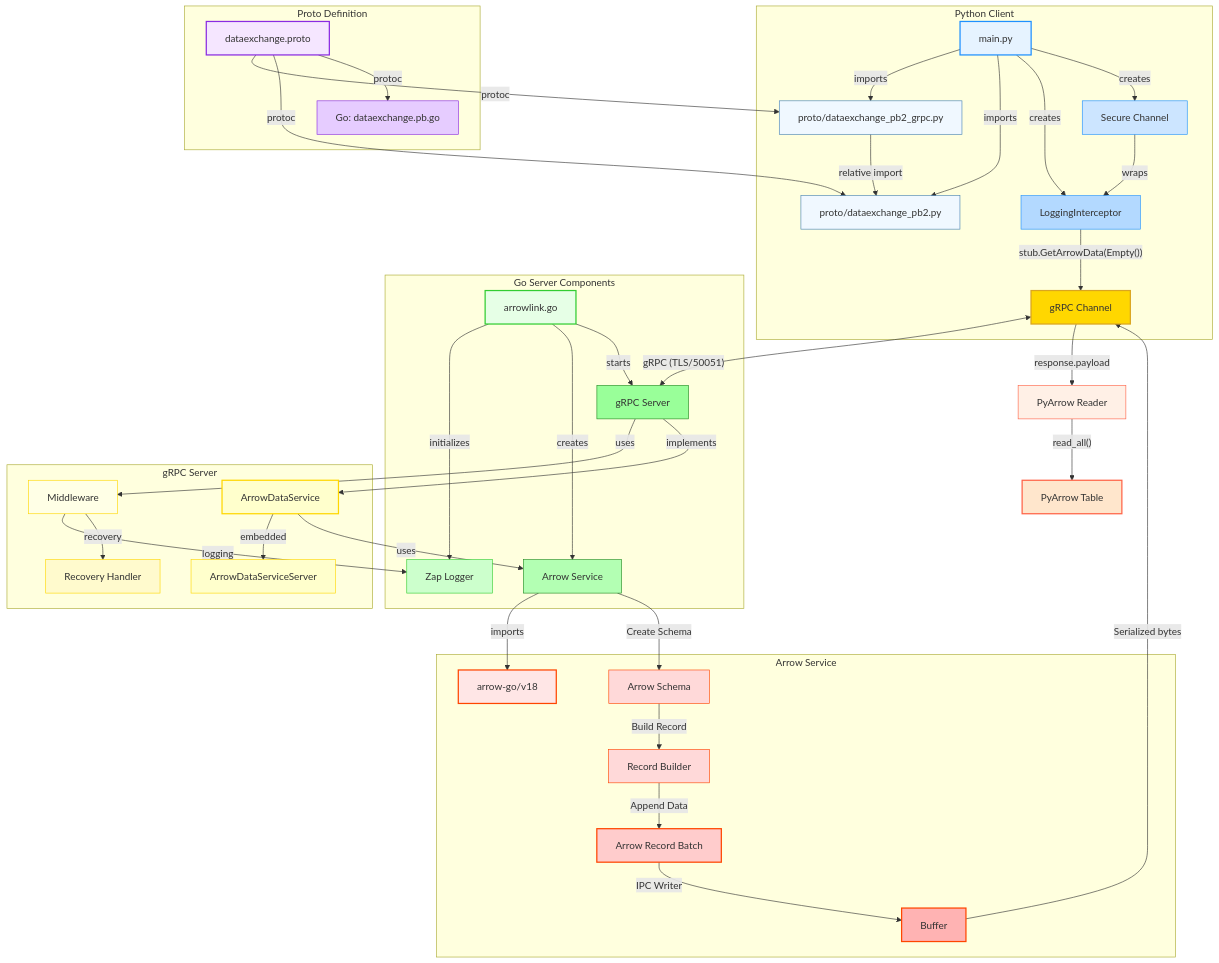
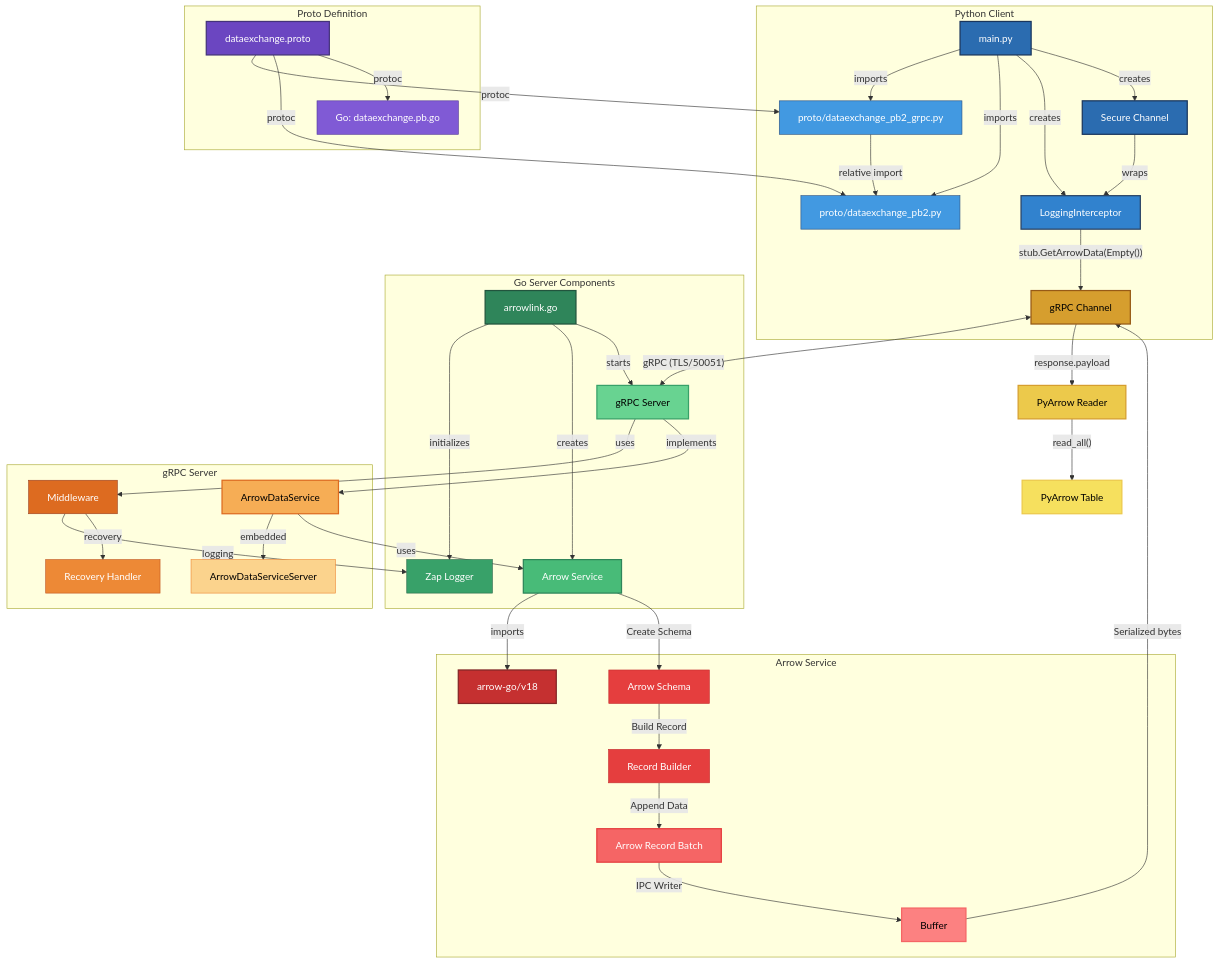
The diagram in README.md (TFMV/ArrowLink), drawn with Mermaid before and after one commit. The commit also changed other lines of this file and 14 other files, not shown here.

````diff
--- a/README.md
+++ b/README.md
@@ -7,76 +7,81 @@
 ```mermaid
 graph TD
     subgraph "Python Client"
         A[main.py] --> |imports| B[proto/dataexchange_pb2_grpc.py]
         A --> |imports| C[proto/dataexchange_pb2.py]
         B --> |relative import| C
         A --> |creates| L1[LoggingInterceptor]
         A --> |creates| SC[Secure Channel]
         SC --> |wraps| L1
         L1 --> |"stub.GetArrowData(Empty())"| D[gRPC Channel]
     end
 
     subgraph "Proto Definition"
         E[dataexchange.proto] --> |protoc| B
         E --> |protoc| C
         E --> |protoc| F[Go: dataexchange.pb.go]
     end
 
     subgraph "Go Server Components"
         G[arrowlink.go] --> |initializes| M[Zap Logger]
         G --> |creates| S[Arrow Service]
         G --> |starts| GS[gRPC Server]
     end
 
     subgraph "gRPC Server"
         GS --> |uses| MW[Middleware]
         MW --> |logging| M
         MW --> |recovery| REC[Recovery Handler]
         GS --> |implements| H[ArrowDataService]
         H --> |embedded| N[ArrowDataServiceServer]
         H --> |uses| S
     end
 
     subgraph "Arrow Service"
         S --> |imports| L2[arrow-go/v18]
         S --> |"Create Schema"| O[Arrow Schema]
         O --> |"Build Record"| P[Record Builder]
         P --> |"Append Data"| I[Arrow Record Batch]
         I --> |"IPC Writer"| Q[Buffer]
     end
 
     D <--> |"gRPC (TLS/50051)"| GS
     Q --> |"Serialized bytes"| D
     D --> |"response.payload"| J[PyArrow Reader]
     J --> |"read_all()"| R[PyArrow Table]
 
-    %% Modern Color Palette
-    style A fill:#E6F3FF,stroke:#1E90FF,stroke-width:2px,color:#1E90FF %% Light blue, vibrant stroke
-    style B fill:#F0F8FF,stroke:#4682B4,stroke-width:1px %% Softer blue
-    style C fill:#F0F8FF,stroke:#4682B4,stroke-width:1px
-    style L1 fill:#B3D9FF,stroke:#1E90FF,stroke-width:2px %% Medium blue
-    style SC fill:#CCE5FF,stroke:#1E90FF,stroke-width:2px %% Light-medium blue
-    style D fill:#FFD700,stroke:#DAA520,stroke-width:2px,color:#DAA520 %% Gold for gRPC Channel
+    %% Python Client section - Blue theme
+    style A fill:#2B6CB0,stroke:#1A365D,stroke-width:2px,color:#FFFFFF
+    style B fill:#4299E1,stroke:#2C5282,stroke-width:1px,color:#FFFFFF
+    style C fill:#4299E1,stroke:#2C5282,stroke-width:1px,color:#FFFFFF
+    style L1 fill:#3182CE,stroke:#2A4365,stroke-width:2px,color:#FFFFFF
+    style SC fill:#2B6CB0,stroke:#1A365D,stroke-width:2px,color:#FFFFFF
 
-    style E fill:#F5E6FF,stroke:#8A2BE2,stroke-width:2px,color:#8A2BE2 %% Light purple for proto
-    style F fill:#E6CCFF,stroke:#8A2BE2,stroke-width:1px
+    %% Proto Definition - Purple theme
+    style E fill:#6B46C1,stroke:#44337A,stroke-width:2px,color:#FFFFFF
+    style F fill:#805AD5,stroke:#553C9A,stroke-width:1px,color:#FFFFFF
 
-    style G fill:#E6FFE6,stroke:#32CD32,stroke-width:2px,color:#32CD32 %% Light green for Go entry
-    style M fill:#CCFFCC,stroke:#32CD32,stroke-width:1px %% Soft green
-    style S fill:#B3FFB3,stroke:#228B22,stroke-width:2px %% Medium green
-    style GS fill:#99FF99,stroke:#228B22,stroke-width:2px %% Light green
+    %% Go Server - Green theme
+    style G fill:#2F855A,stroke:#22543D,stroke-width:2px,color:#FFFFFF
+    style M fill:#38A169,stroke:#276749,stroke-width:1px,color:#FFFFFF
+    style S fill:#48BB78,stroke:#2F855A,stroke-width:2px,color:#FFFFFF
+    style GS fill:#68D391,stroke:#38A169,stroke-width:2px,color:#000000
 
-    style MW fill:#FFFFE6,stroke:#FFD700,stroke-width:1px %% Pale yellow
-    style REC fill:#FFFACD,stroke:#FFD700,stroke-width:1px
-    style H fill:#FFFFCC,stroke:#FFD700,stroke-width:2px
-    style N fill:#FFFFCC,stroke:#FFD700,stroke-width:1px
+    %% gRPC Server - Orange theme
+    style MW fill:#DD6B20,stroke:#9C4221,stroke-width:1px,color:#FFFFFF
+    style REC fill:#ED8936,stroke:#C05621,stroke-width:1px,color:#FFFFFF
+    style H fill:#F6AD55,stroke:#DD6B20,stroke-width:2px,color:#000000
+    style N fill:#FBD38D,stroke:#ED8936,stroke-width:1px,color:#000000
 
-    style L2 fill:#FFE6E6,stroke:#FF4500,stroke-width:2px,color:#FF4500 %% Light red for Arrow
-    style O fill:#FFD9D9,stroke:#FF4500,stroke-width:1px
-    style P fill:#FFD9D9,stroke:#FF4500,stroke-width:1px
-    style I fill:#FFCCCC,stroke:#FF4500,stroke-width:2px
-    style Q fill:#FFB3B3,stroke:#FF4500,stroke-width:2px
+    %% Arrow Service - Red theme
+    style L2 fill:#C53030,stroke:#822727,stroke-width:2px,color:#FFFFFF
+    style O fill:#E53E3E,stroke:#C53030,stroke-width:1px,color:#FFFFFF
+    style P fill:#E53E3E,stroke:#C53030,stroke-width:1px,color:#FFFFFF
+    style I fill:#F56565,stroke:#E53E3E,stroke-width:2px,color:#FFFFFF
+    style Q fill:#FC8181,stroke:#F56565,stroke-width:2px,color:#000000
 
-    style J fill:#FFF0E6,stroke:#FF6347,stroke-width:2px %% Soft coral
-    style R fill:#FFE6CC,stroke:#FF6347,stroke-width:2px
+    %% Communication - Yellow theme
+    style D fill:#D69E2E,stroke:#975A16,stroke-width:2px,color:#000000
+    style J fill:#ECC94B,stroke:#D69E2E,stroke-width:2px,color:#000000
+    style R fill:#F6E05E,stroke:#ECC94B,stroke-width:2px,color:#000000
 ```
````
